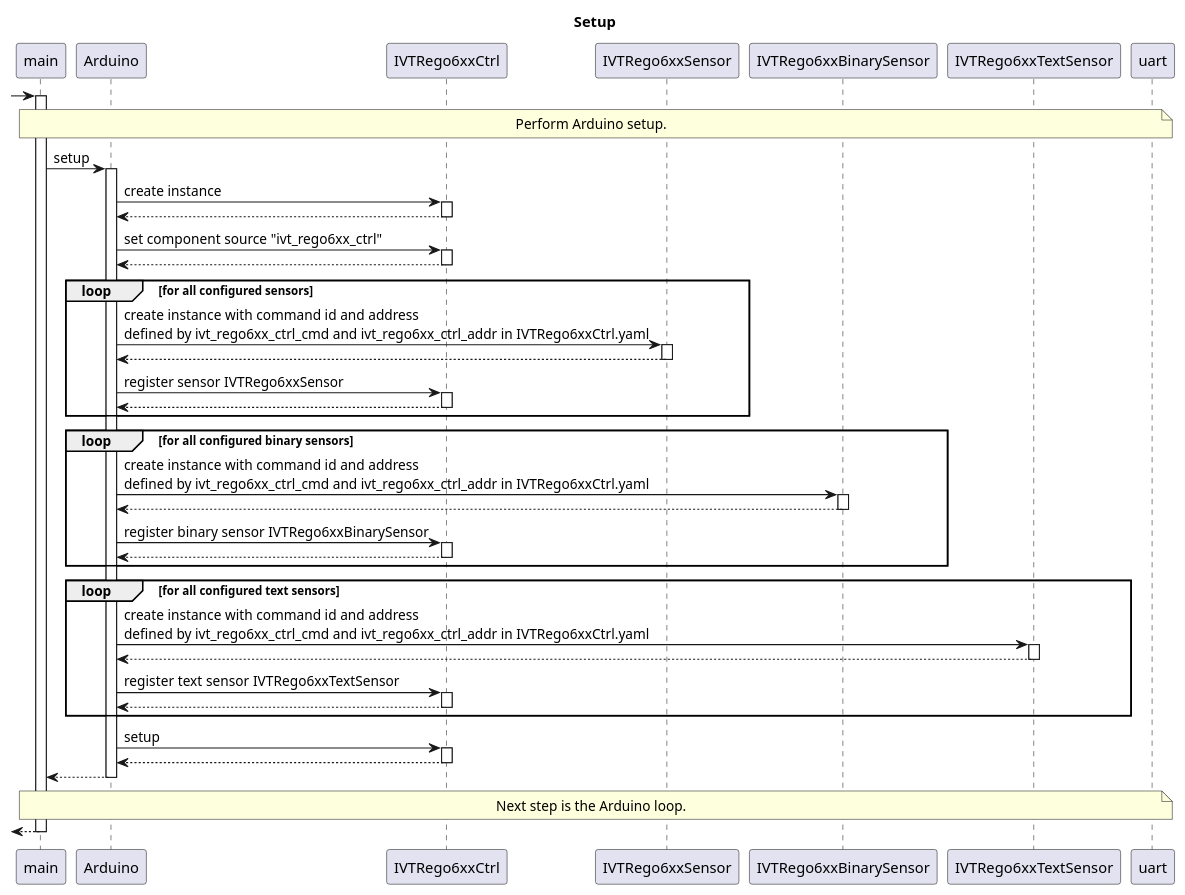
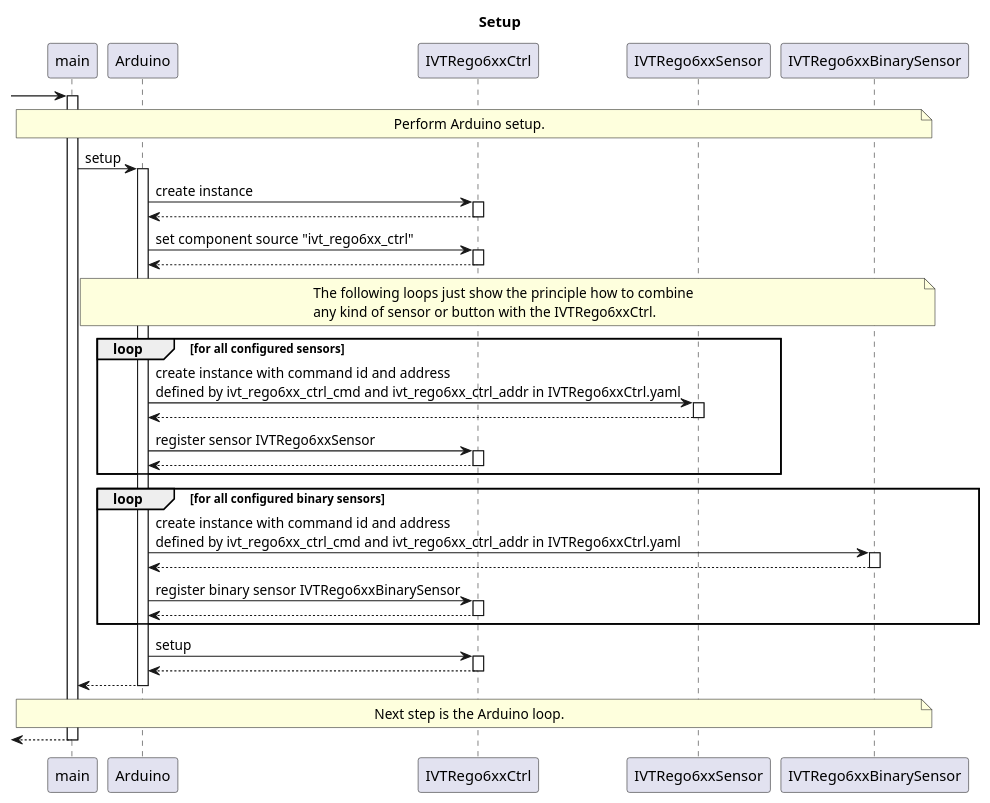
The diagram in doc/sw-architecture/setup.puml (BlueAndi/IVTRego6xxControl), drawn with PlantUML before and after one commit. The commit also changed 11 other files, not shown here.

```diff
--- a/doc/sw-architecture/setup.puml
+++ b/doc/sw-architecture/setup.puml
@@ -1,57 +1,54 @@
 @startuml setup
 
 title Setup
 
 participant "main" as main
 participant "Arduino" as arduino
 participant "IVTRego6xxCtrl" as ivtRego6xxCtrl
 participant "IVTRego6xxSensor" as ivtRego6xxSensor
 participant "IVTRego6xxBinarySensor" as ivtRego6xxBinarySensor
-participant "IVTRego6xxTextSensor" as ivtRego6xxTextSensor
 
 autoactivate on
 
 -> main
 
-    note over main,uart
+    note over main,ivtRego6xxBinarySensor
         Perform Arduino setup.
     end note
 
     main -> arduino: setup
         arduino -> ivtRego6xxCtrl: create instance
         arduino <-- ivtRego6xxCtrl
         arduino -> ivtRego6xxCtrl: set component source "ivt_rego6xx_ctrl"
         arduino <-- ivtRego6xxCtrl
+
+        note over arduino,ivtRego6xxBinarySensor
+            The following loops just show the principle how to combine
+            any kind of sensor or button with the IVTRego6xxCtrl.
+        end note
 
         loop for all configured sensors
             arduino -> ivtRego6xxSensor: create instance with command id and address\ndefined by ivt_rego6xx_ctrl_cmd and ivt_rego6xx_ctrl_addr in IVTRego6xxCtrl.yaml
             arduino <-- ivtRego6xxSensor
             arduino -> ivtRego6xxCtrl: register sensor IVTRego6xxSensor
             arduino <-- ivtRego6xxCtrl
         end
 
         loop for all configured binary sensors
             arduino -> ivtRego6xxBinarySensor: create instance with command id and address\ndefined by ivt_rego6xx_ctrl_cmd and ivt_rego6xx_ctrl_addr in IVTRego6xxCtrl.yaml
             arduino <-- ivtRego6xxBinarySensor
             arduino -> ivtRego6xxCtrl: register binary sensor IVTRego6xxBinarySensor
             arduino <-- ivtRego6xxCtrl
         end
 
-        loop for all configured text sensors
-            arduino -> ivtRego6xxTextSensor: create instance with command id and address\ndefined by ivt_rego6xx_ctrl_cmd and ivt_rego6xx_ctrl_addr in IVTRego6xxCtrl.yaml
-            arduino <-- ivtRego6xxTextSensor
-            arduino -> ivtRego6xxCtrl: register text sensor IVTRego6xxTextSensor
-            arduino <-- ivtRego6xxCtrl
-        end
-
         arduino -> ivtRego6xxCtrl: setup
         arduino <-- ivtRego6xxCtrl
     main <-- arduino
 
-    note over main,uart
+    note over main,ivtRego6xxBinarySensor
         Next step is the Arduino loop.
     end note
 
 <-- main
 
 @enduml
```
